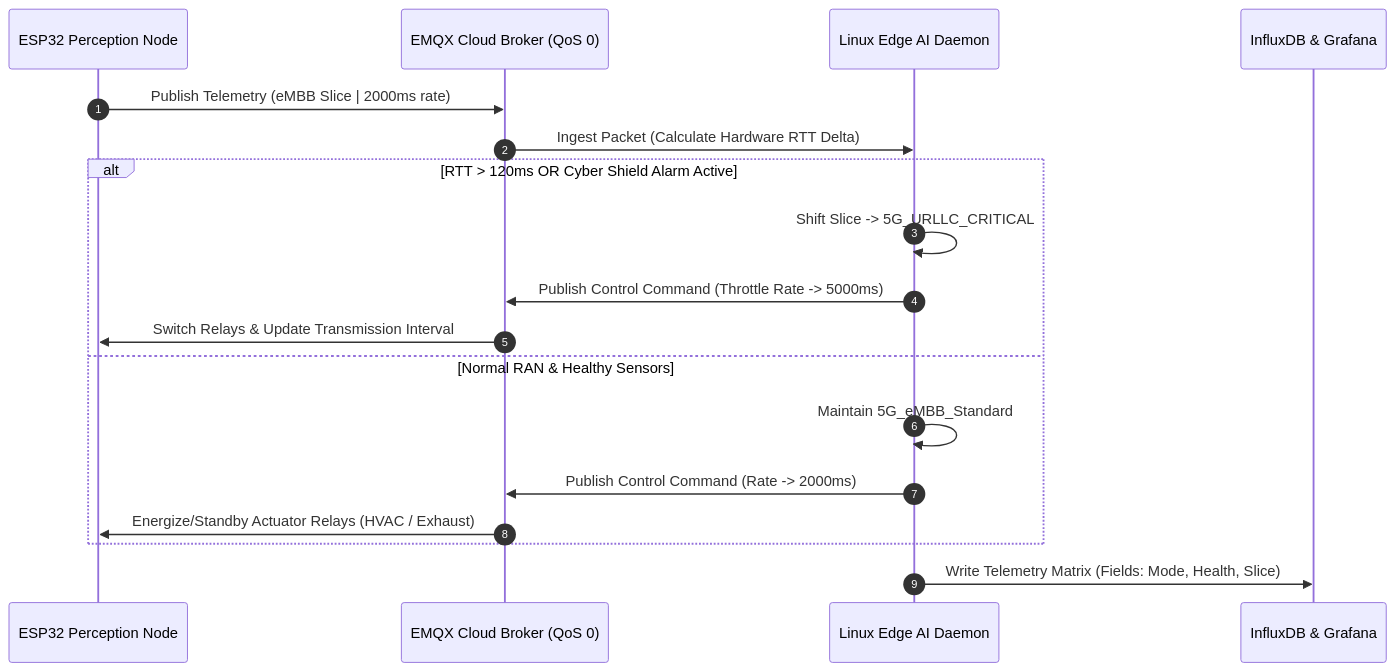
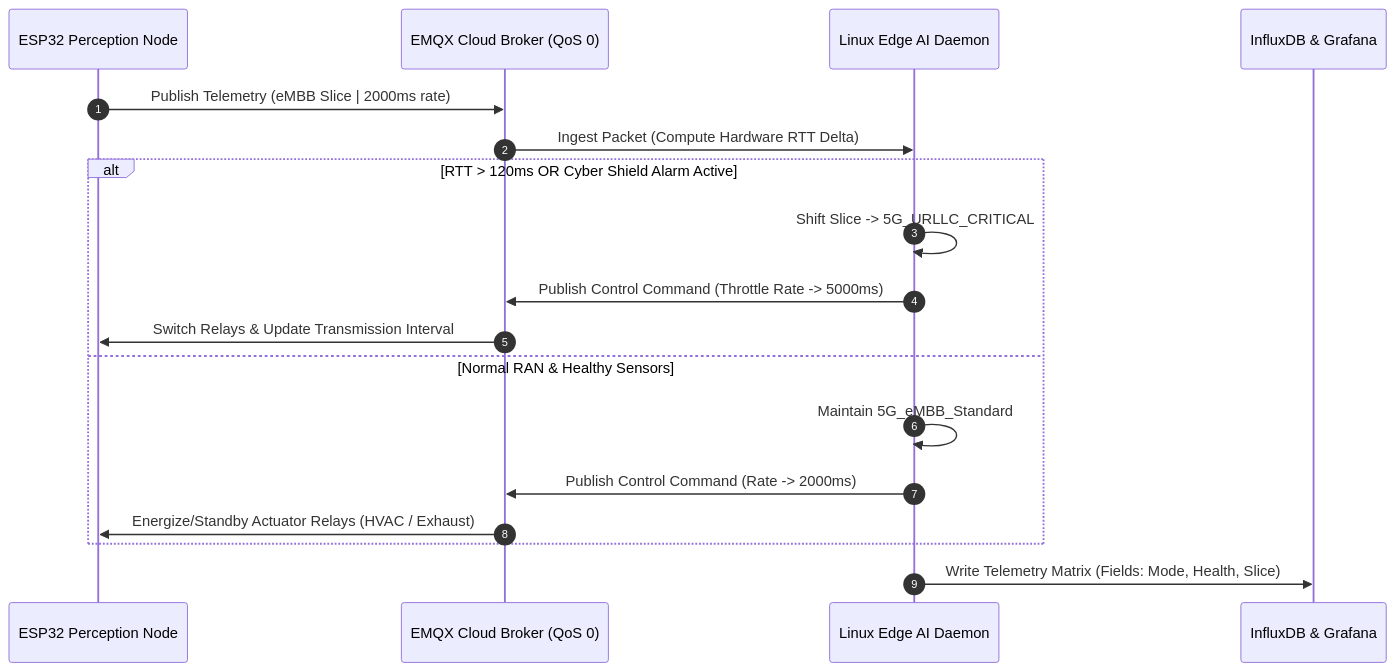
The second of 2 diagrams in README.md (YukiCodepth/smart-classroom-iiot), drawn with Mermaid before and after one commit. The commit also changed other lines of this file, not shown here.

First line of the commit message:
docs: add master production README with full architecture, math formulations, and setup guide

````diff
--- a/README.md
+++ b/README.md
@@ -50,24 +51,24 @@
 ```mermaid
 sequenceDiagram
     autonumber
     participant MCU as ESP32 Perception Node
     participant Broker as EMQX Cloud Broker (QoS 0)
     participant Gateway as Linux Edge AI Daemon
     participant TSDB as InfluxDB & Grafana
 
     MCU->>Broker: Publish Telemetry (eMBB Slice | 2000ms rate)
-    Broker->>Gateway: Ingest Packet (Calculate Hardware RTT Delta)
+    Broker->>Gateway: Ingest Packet (Compute Hardware RTT Delta)
     
     alt RTT > 120ms OR Cyber Shield Alarm Active
         Gateway->>Gateway: Shift Slice -> 5G_URLLC_CRITICAL
         Gateway->>Broker: Publish Control Command (Throttle Rate -> 5000ms)
         Broker->>MCU: Switch Relays & Update Transmission Interval
     else Normal RAN & Healthy Sensors
         Gateway->>Gateway: Maintain 5G_eMBB_Standard
         Gateway->>Broker: Publish Control Command (Rate -> 2000ms)
         Broker->>MCU: Energize/Standby Actuator Relays (HVAC / Exhaust)
     end
 
     Gateway->>TSDB: Write Telemetry Matrix (Fields: Mode, Health, Slice)
 
 ```
````
